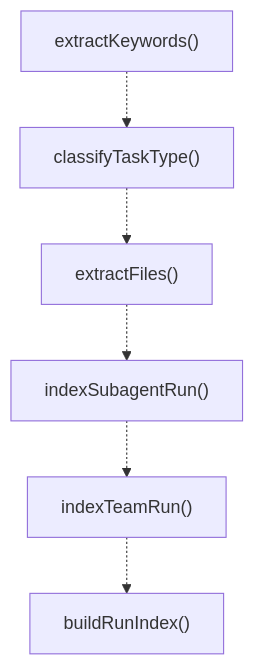
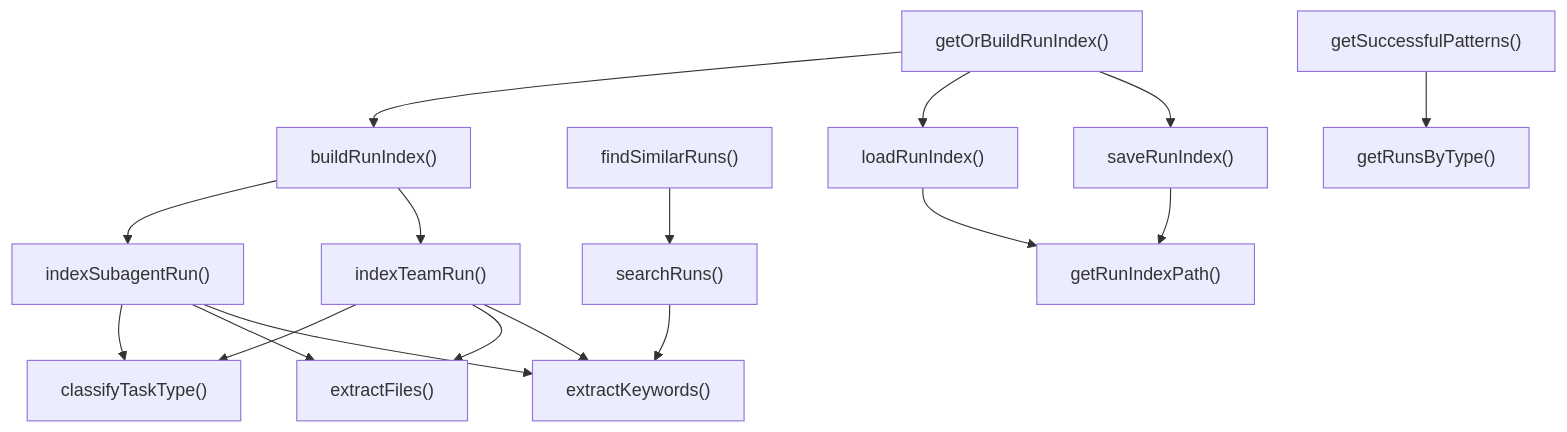
The third of 4 diagrams in ABDD/.pi/lib/run-index.md (Mekann2904/mekann), drawn with Mermaid before and after one commit. The commit also changed other lines of this file and 277 other files, not shown here.

````diff
--- a/ABDD/.pi/lib/run-index.md
+++ b/ABDD/.pi/lib/run-index.md
@@ -102,14 +102,33 @@
 ```mermaid
 flowchart TD
-  extractKeywords["extractKeywords()"]
+  buildRunIndex["buildRunIndex()"]
   classifyTaskType["classifyTaskType()"]
   extractFiles["extractFiles()"]
+  extractKeywords["extractKeywords()"]
+  findSimilarRuns["findSimilarRuns()"]
+  getOrBuildRunIndex["getOrBuildRunIndex()"]
+  getRunIndexPath["getRunIndexPath()"]
+  getRunsByType["getRunsByType()"]
+  getSuccessfulPatterns["getSuccessfulPatterns()"]
   indexSubagentRun["indexSubagentRun()"]
   indexTeamRun["indexTeamRun()"]
-  buildRunIndex["buildRunIndex()"]
-  extractKeywords -.-> classifyTaskType
-  classifyTaskType -.-> extractFiles
-  extractFiles -.-> indexSubagentRun
-  indexSubagentRun -.-> indexTeamRun
-  indexTeamRun -.-> buildRunIndex
+  loadRunIndex["loadRunIndex()"]
+  saveRunIndex["saveRunIndex()"]
+  searchRuns["searchRuns()"]
+  buildRunIndex --> indexSubagentRun
+  buildRunIndex --> indexTeamRun
+  findSimilarRuns --> searchRuns
+  getOrBuildRunIndex --> buildRunIndex
+  getOrBuildRunIndex --> loadRunIndex
+  getOrBuildRunIndex --> saveRunIndex
+  getSuccessfulPatterns --> getRunsByType
+  indexSubagentRun --> classifyTaskType
+  indexSubagentRun --> extractFiles
+  indexSubagentRun --> extractKeywords
+  indexTeamRun --> classifyTaskType
+  indexTeamRun --> extractFiles
+  indexTeamRun --> extractKeywords
+  loadRunIndex --> getRunIndexPath
+  saveRunIndex --> getRunIndexPath
+  searchRuns --> extractKeywords
 ```
````
